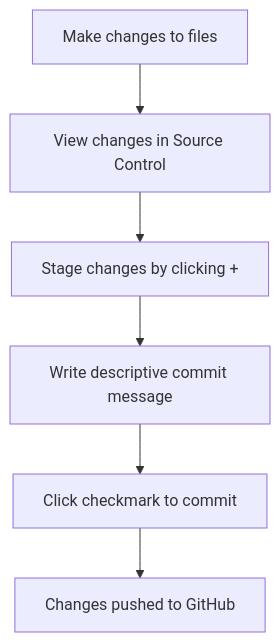
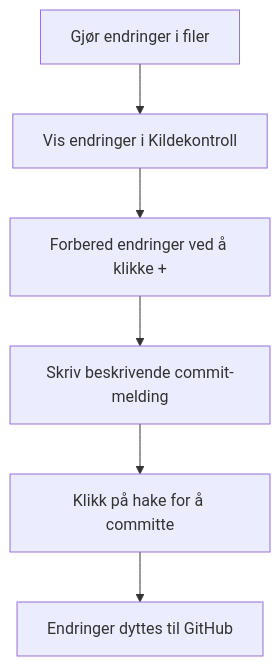
The fifth of 8 diagrams in translations/no/8-code-editor/1-using-a-code-editor/README.md (microsoft/Web-Dev-For-Beginners), drawn with Mermaid before and after one commit. The commit also changed other lines of this file and 99 other files, not shown here.

````diff
--- a/translations/no/8-code-editor/1-using-a-code-editor/README.md
+++ b/translations/no/8-code-editor/1-using-a-code-editor/README.md
@@ -209,8 +346,8 @@
 ```mermaid
 flowchart TD
-    A[Make changes to files] --> B[View changes in Source Control]
-    B --> C[Stage changes by clicking +]
-    C --> D[Write descriptive commit message]
-    D --> E[Click checkmark to commit]
-    E --> F[Changes pushed to GitHub]
-```
+    A[Gjør endringer i filer] --> B[Vis endringer i Kildekontroll]
+    B --> C[Forbered endringer ved å klikke +]
+    C --> D[Skriv beskrivende commit-melding]
+    D --> E[Klikk på hake for å committe]
+    E --> F[Endringer dyttes til GitHub]
+```  
````
